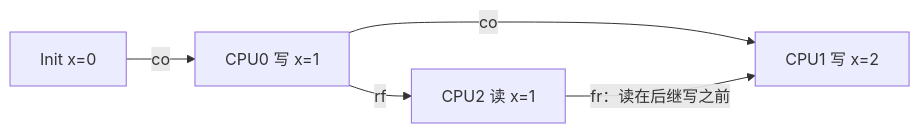
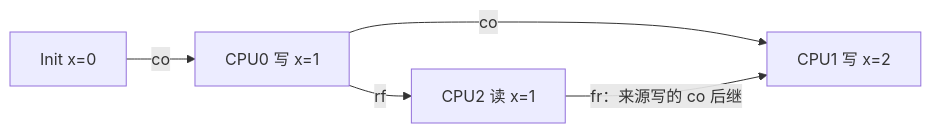
Before and after one commit to FormingSystem/linux_note: the first of 3 diagrams in knowledge/foundations/computer_architecture/memory_ordering/P04_一致性序_传播与多副本原子性.md, drawn with Mermaid. The commit also changed other lines of this file and 9 other files, not shown here.

First line of the commit message:
content(architecture/memory): 完善内存顺序推导与编译证据边界

````diff
--- a/knowledge/foundations/computer_architecture/memory_ordering/P04_一致性序_传播与多副本原子性.md
+++ b/knowledge/foundations/computer_architecture/memory_ordering/P04_一致性序_传播与多副本原子性.md
@@ -55,7 +55,7 @@
 ```mermaid
 flowchart LR
     I["Init x=0"] -->|co| W1["CPU0 写 x=1"]
     W1 -->|co| W2["CPU1 写 x=2"]
     W1 -->|rf| R["CPU2 读 x=1"]
-    R -->|fr：读在后继写之前| W2
+    R -->|fr：来源写的 co 后继| W2
 ```
````
